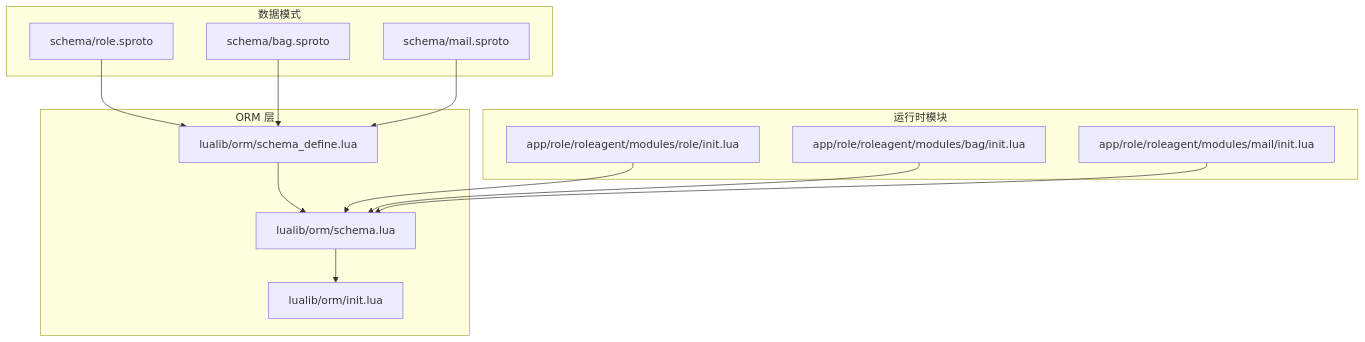
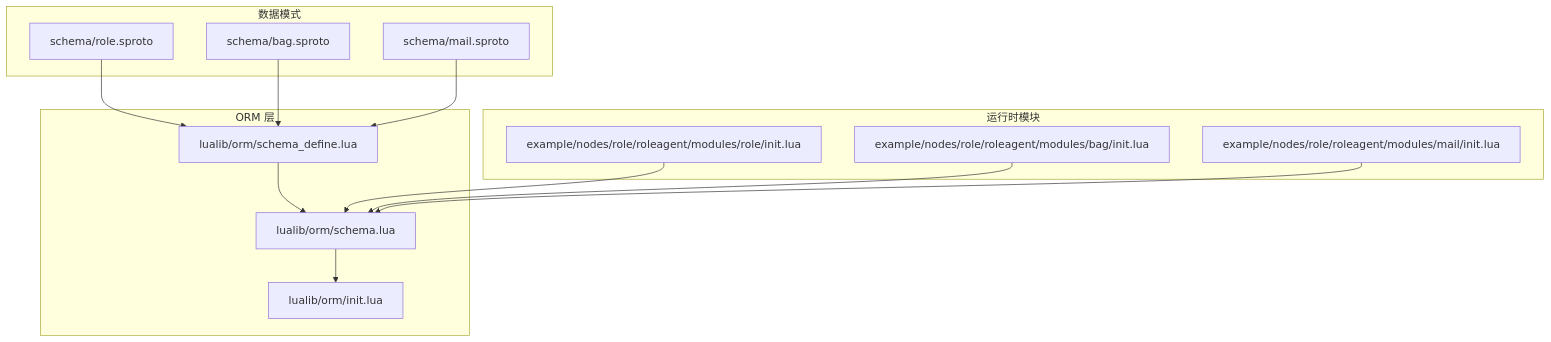
One commit to hanxi/skyext changed the first of 7 diagrams in docs/repowiki/zh/content/数据模型/核心实体模型.md. Above: the diagram before and after it, drawn with Mermaid. The commit also changed other lines of this file and 117 other files, not shown here.

````diff
--- a/docs/repowiki/zh/content/数据模型/核心实体模型.md
+++ b/docs/repowiki/zh/content/数据模型/核心实体模型.md
@@ -36,26 +36,26 @@
 ```mermaid
 graph TB
 subgraph "数据模式"
 S_ROLE["schema/role.sproto"]
 S_BAG["schema/bag.sproto"]
 S_MAIL["schema/mail.sproto"]
 end
 subgraph "ORM 层"
 O_DEF["lualib/orm/schema_define.lua"]
 O_SCHEMA["lualib/orm/schema.lua"]
 O_INIT["lualib/orm/init.lua"]
 end
 subgraph "运行时模块"
-M_ROLE["app/role/roleagent/modules/role/init.lua"]
-M_BAG["app/role/roleagent/modules/bag/init.lua"]
-M_MAIL["app/role/roleagent/modules/mail/init.lua"]
+M_ROLE["example/nodes/role/roleagent/modules/role/init.lua"]
+M_BAG["example/nodes/role/roleagent/modules/bag/init.lua"]
+M_MAIL["example/nodes/role/roleagent/modules/mail/init.lua"]
 end
 S_ROLE --> O_DEF
 S_BAG --> O_DEF
 S_MAIL --> O_DEF
 O_DEF --> O_SCHEMA
 O_SCHEMA --> O_INIT
 M_ROLE --> O_SCHEMA
 M_BAG --> O_SCHEMA
 M_MAIL --> O_SCHEMA
 ```
````
